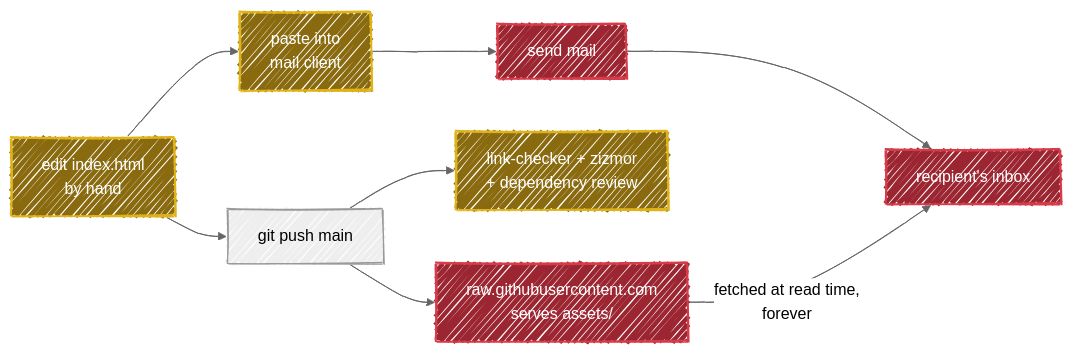
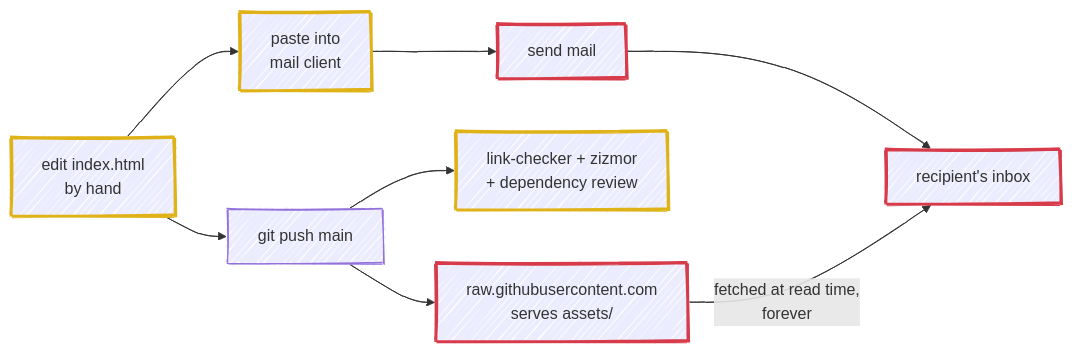
One commit to fbuireu/email-signature changed the diagram in ARCHITECTURE.md. Above: the diagram before and after it, drawn with Mermaid.

Commit message:
docs: make handDrawn diagrams readable in both colour modes
The handDrawn look fills a node with a rough.js hachure instead of a solid
area, so the label always sits on the page background rather than on the
node's fill. Pinning `theme: neutral` on top of that opted the diagrams out
of GitHub's automatic dark theme, so in dark mode a dark label landed on a
dark page showing through the hachure gaps.

Drop the pinned theme so labels follow the reader's colour mode, drop the
per-node fills that only ever rendered as texture, and carry the semantics
on the stroke instead, lightening the four darkest strokes so they keep
their contrast against a dark background.

````diff
--- a/ARCHITECTURE.md
+++ b/ARCHITECTURE.md
@@ -28,20 +28,19 @@
 ```mermaid
 ---
 config:
   look: handDrawn
-  theme: neutral
 ---
 flowchart LR
     edit["edit index.html<br/>by hand"] --> push["git push main"]
     push --> raw["raw.githubusercontent.com<br/>serves assets/"]
     push --> ci["link-checker + zizmor<br/>+ dependency review"]
     edit --> paste["paste into<br/>mail client"]
     paste --> send["send mail"]
     send --> inbox["recipient's inbox"]
     raw -->|"fetched at read time,<br/>forever"| inbox
 
-    classDef frozen fill:#9b2530,stroke:#d73a49,stroke-width:2px,color:#fff
-    classDef free fill:#8a6a0f,stroke:#dfb317,stroke-width:2px,color:#fff
+    classDef frozen stroke:#d73a49,stroke-width:3px
+    classDef free stroke:#dfb317,stroke-width:3px
     class raw,send,inbox frozen
     class edit,paste,ci free
 ```
````
